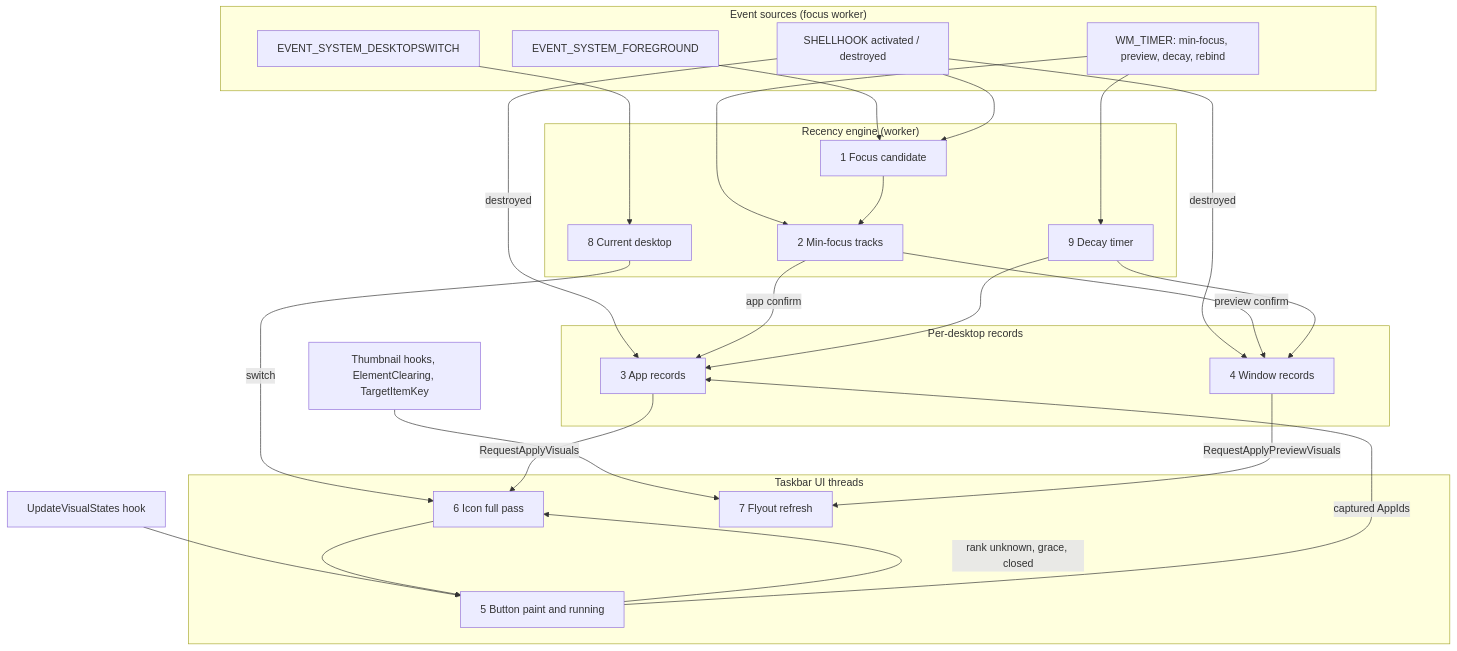
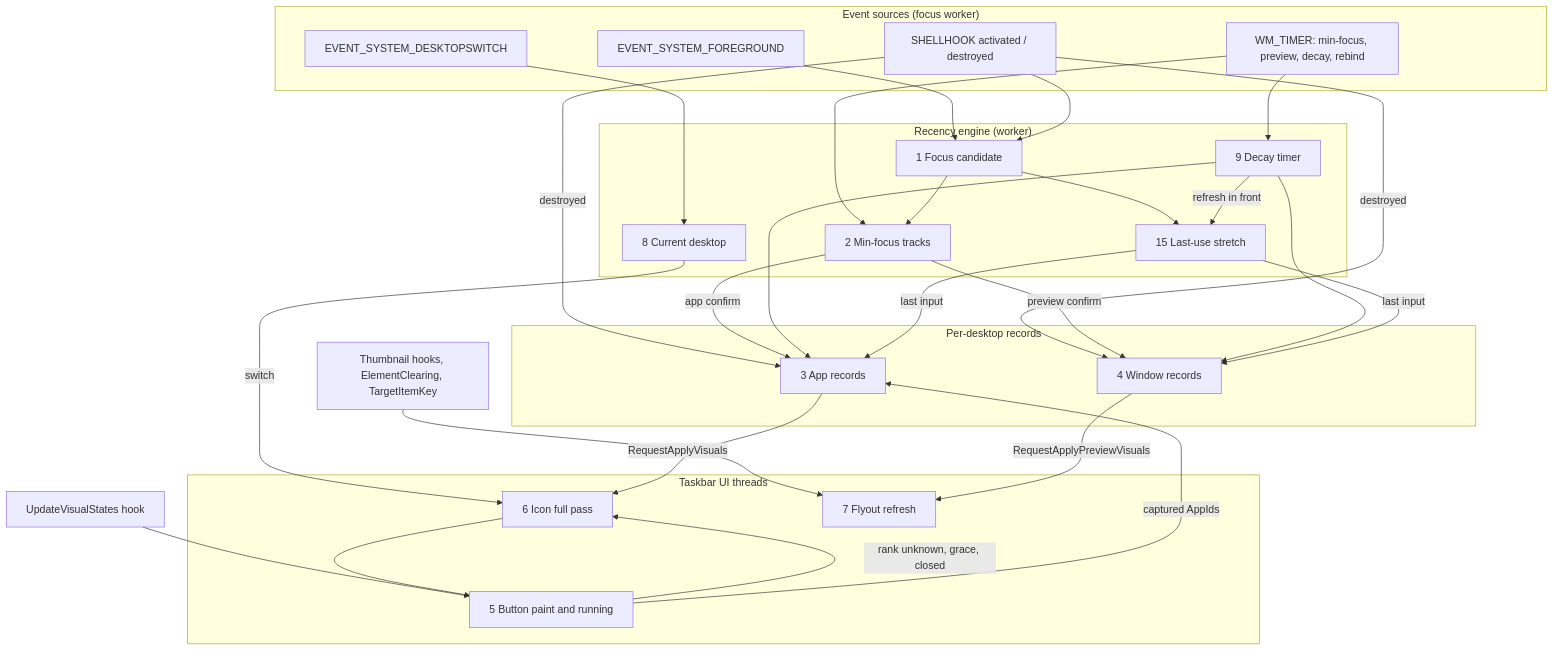
One commit to jvlasek/taskbar-recent-focus-highlight changed the first of 18 diagrams in doc/code/state-machines.md. Above: the diagram before and after it, drawn with Mermaid. The commit also changed other lines of this file and 13 other files, not shown here.

````diff
--- a/doc/code/state-machines.md
+++ b/doc/code/state-machines.md
@@ -34,44 +35,49 @@
 ```mermaid
 flowchart TB
     subgraph Sources["Event sources (focus worker)"]
         WE["EVENT_SYSTEM_FOREGROUND"]
         SH["SHELLHOOK activated / destroyed"]
         DS["EVENT_SYSTEM_DESKTOPSWITCH"]
         TM["WM_TIMER: min-focus, preview, decay, rebind"]
     end
     subgraph Worker["Recency engine (worker)"]
         FC["1 Focus candidate"]
         MT["2 Min-focus tracks"]
         VD["8 Current desktop"]
         DT["9 Decay timer"]
+        LU["15 Last-use stretch"]
     end
     subgraph Records["Per-desktop records"]
         AR["3 App records"]
         WR["4 Window records"]
     end
     subgraph UI["Taskbar UI threads"]
         FP["6 Icon full pass"]
         BT["5 Button paint and running"]
         FR["7 Flyout refresh"]
     end
     UVS["UpdateVisualStates hook"] --> BT
     TH["Thumbnail hooks, ElementClearing, TargetItemKey"] --> FR
     WE --> FC
     SH --> FC
     SH -->|destroyed| AR
     SH -->|destroyed| WR
     DS --> VD
     TM --> MT
     TM --> DT
     FC --> MT
     MT -->|app confirm| AR
     MT -->|preview confirm| WR
     VD -->|switch| FP
     DT --> AR
     DT --> WR
+    FC --> LU
+    DT -->|refresh in front| LU
+    LU -->|last input| AR
+    LU -->|last input| WR
     AR -->|RequestApplyVisuals| FP
     WR -->|RequestApplyPreviewVisuals| FR
     FP --> BT
     BT -->|rank unknown, grace, closed| FP
     BT -->|captured AppIds| AR
 ```
````
